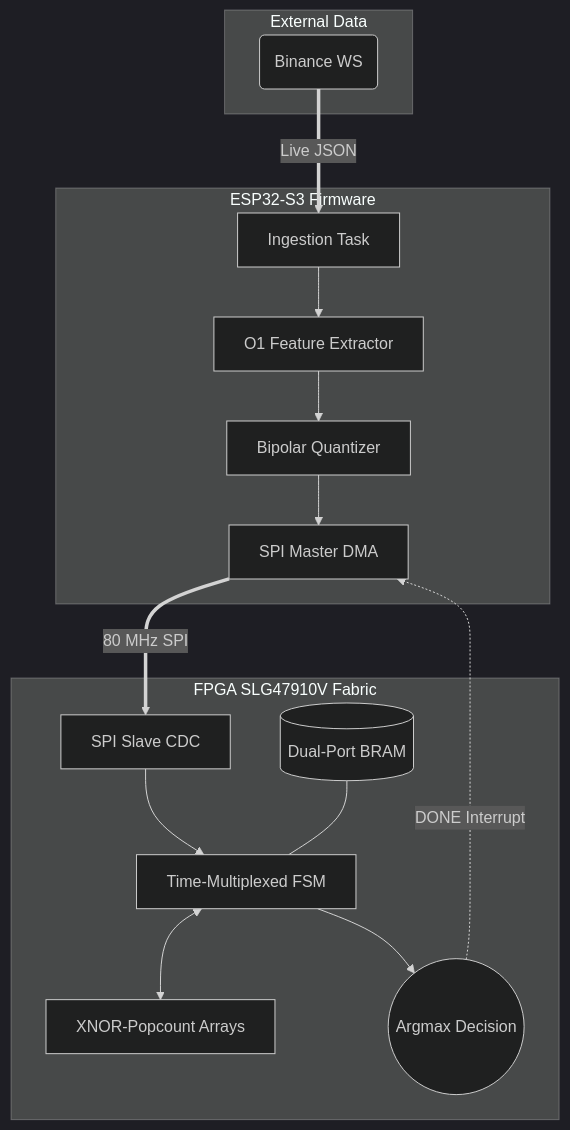
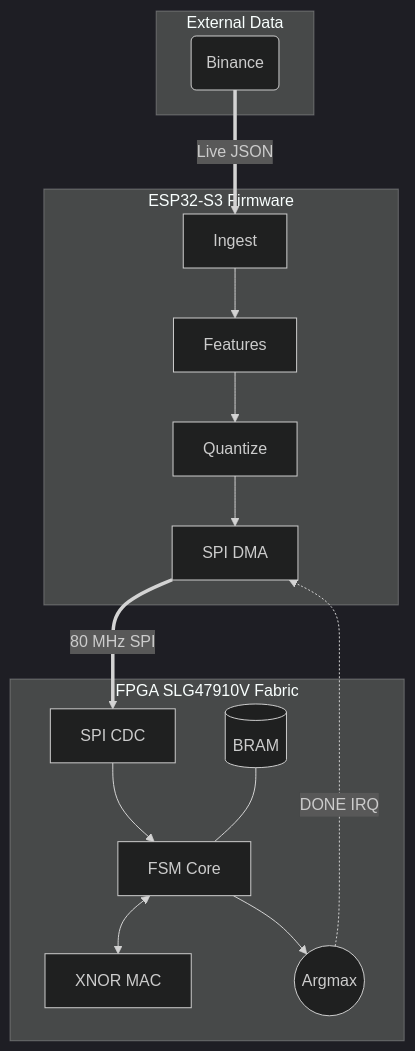
Before and after one commit to SushantGagneja/ultra-low-latency-ML-inference-on-FPGA.: the first of 7 diagrams in README.md, drawn with Mermaid (dark theme). The commit also changed other lines of this file, not shown here.

````diff
--- a/README.md
+++ b/README.md
@@ -28,34 +28,34 @@
 ```mermaid
 flowchart TD
     subgraph External Data
-        BWS(Binance WS)
+        BWS(Binance)
     end
 
     subgraph ESP32-S3 Firmware
-        ING[Ingestion Task]
-        FEAT[O1 Feature Extractor]
-        QUANT[Bipolar Quantizer]
-        SPIM[SPI Master DMA]
+        ING[Ingest]
+        FEAT[Features]
+        QUANT[Quantize]
+        SPIM[SPI DMA]
         
         ING --> FEAT
         FEAT --> QUANT
         QUANT --> SPIM
     end
 
     subgraph FPGA SLG47910V Fabric
-        SPIS[SPI Slave CDC]
-        FSM[Time-Multiplexed FSM]
-        BRAM[(Dual-Port BRAM)]
-        XNOR[XNOR-Popcount Arrays]
-        OUT((Argmax Decision))
+        SPIS[SPI CDC]
+        FSM[FSM Core]
+        BRAM[(BRAM)]
+        XNOR[XNOR MAC]
+        OUT((Argmax))
         
         SPIS --> FSM
         BRAM --- FSM
         FSM <--> XNOR
         FSM --> OUT
     end
 
     BWS == Live JSON ==> ING
     SPIM == 80 MHz SPI ==> SPIS
-    OUT -. DONE Interrupt .-> SPIM
+    OUT -. DONE IRQ .-> SPIM
 ```
````
